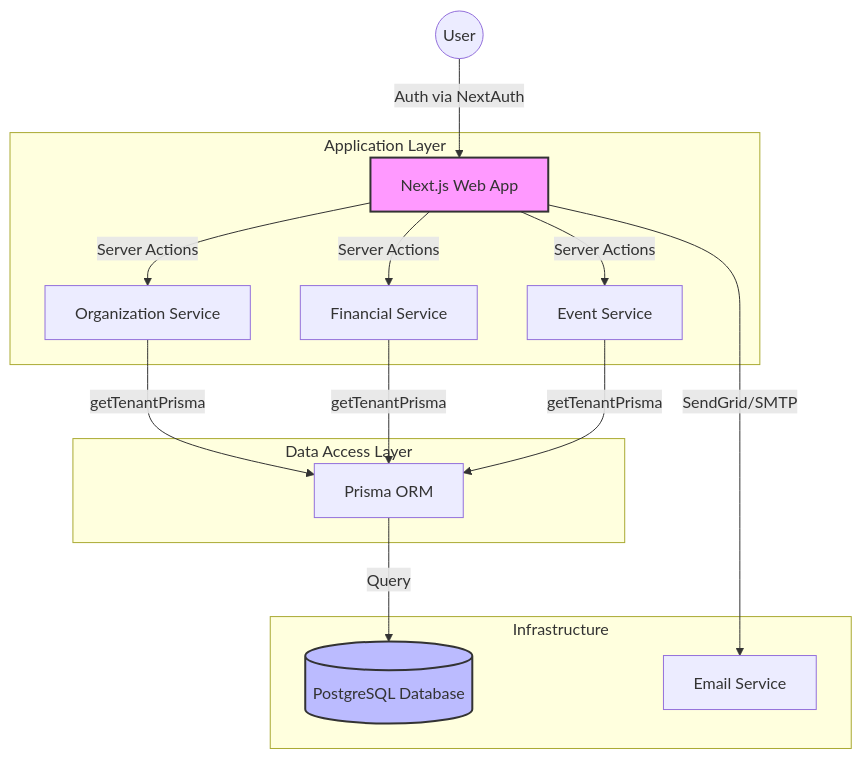
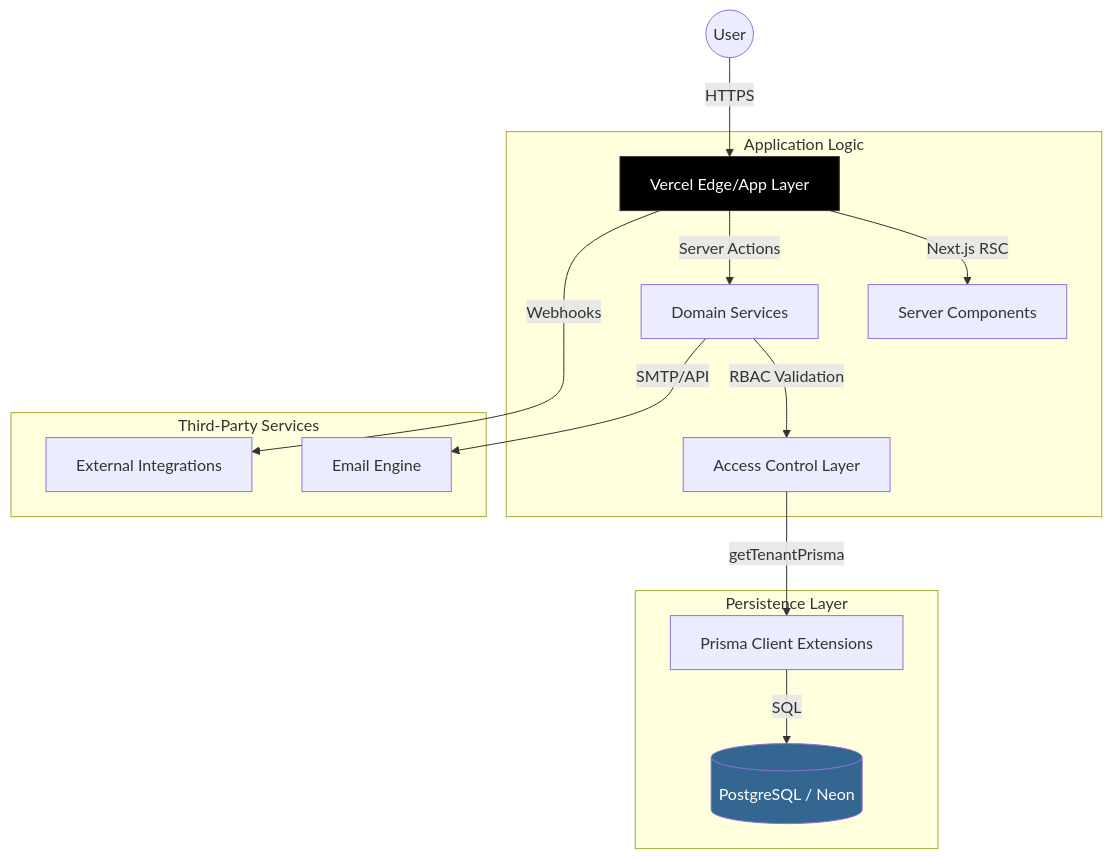
One commit to coderved63/UTSAV_Management_Platform changed the diagram in README.md. Above: the diagram before and after it, drawn with Mermaid. The commit also changed other lines of this file, not shown here.

Commit message:
Docs: Enhance system design documentation and project architecture layout

````diff
--- a/README.md
+++ b/README.md
@@ -51,24 +54,23 @@
 ```mermaid
 graph TD
-    User((User)) -->|Auth via NextAuth| WebApp[Next.js Web App]
+    User((User)) -->|HTTPS| Vercel[Vercel Edge/App Layer]
     
-    subgraph "Application Layer"
-        WebApp -->|Server Actions| OrgService[Organization Service]
-        WebApp -->|Server Actions| FinService[Financial Service]
-        WebApp -->|Server Actions| EventService[Event Service]
+    subgraph "Application Logic"
+        Vercel -->|Next.js RSC| Pages[Server Components]
+        Vercel -->|Server Actions| Services[Domain Services]
+        Services -->|RBAC Validation| AccessControl[Access Control Layer]
     end
 
-    subgraph "Data Access Layer"
-        OrgService -->|getTenantPrisma| Prisma[Prisma ORM]
-        FinService -->|getTenantPrisma| Prisma
-        EventService -->|getTenantPrisma| Prisma
+    subgraph "Persistence Layer"
+        AccessControl -->|getTenantPrisma| PrismaORM[Prisma Client Extensions]
+        PrismaORM -->|SQL| PostgreSQL[(PostgreSQL / Neon)]
     end
 
-    subgraph "Infrastructure"
-        Prisma -->|Query| DB[(PostgreSQL Database)]
-        WebApp -->|SendGrid/SMTP| Email[Email Service]
+    subgraph "Third-Party Services"
+        Services -->|SMTP/API| Resend[Email Engine]
+        Vercel -->|Webhooks| External[External Integrations]
     end
 
-    style WebApp fill:#f9f,stroke:#333,stroke-width:2px
-    style DB fill:#bbf,stroke:#333,stroke-width:2px
+    style Vercel fill:#000,color:#fff,stroke:#333
+    style PostgreSQL fill:#336791,color:#fff
 ```
````
